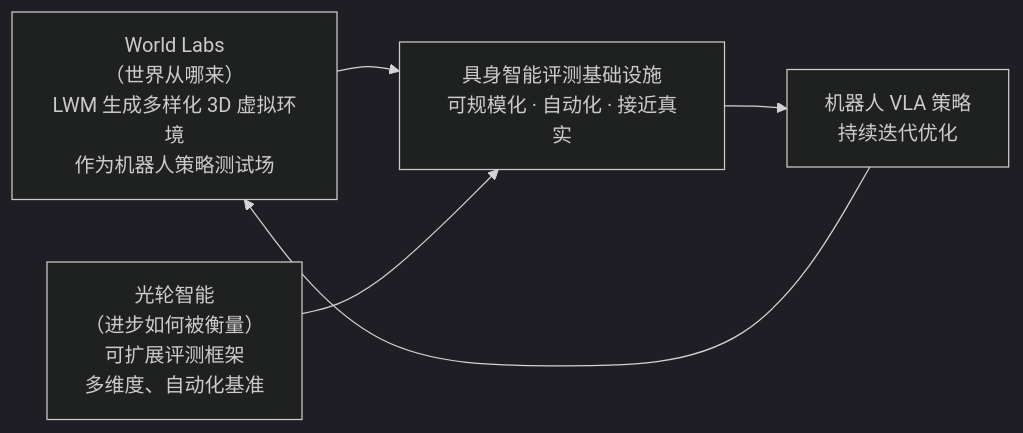
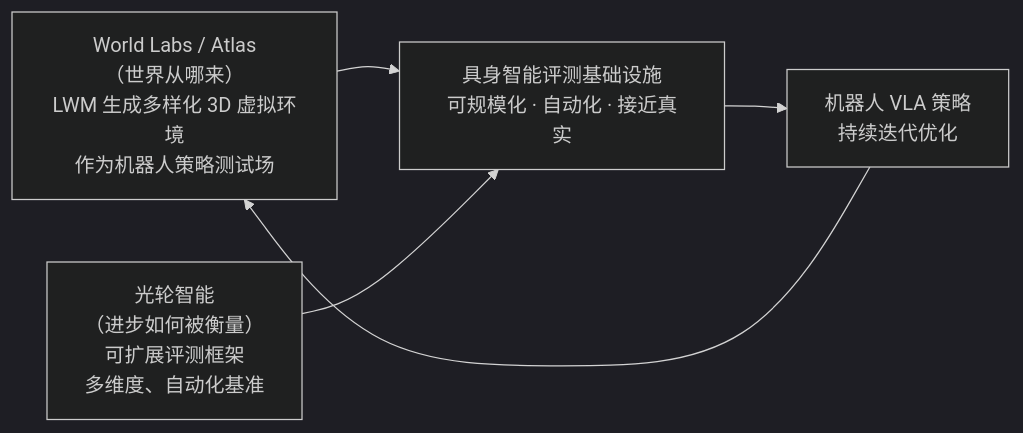
The eighth of 11 diagrams in _posts/research/2026-04-16-World-Models-Survey.md (TingdeLiu/tingdeliu.github.io), drawn with Mermaid (dark theme) before and after one commit. The commit also changed other lines of this file, not shown here.

Commit message:
docs(wm): 增补 World Labs 最新 Omni 空间智能世界模型 Atlas 解析与量化评测

````diff
--- a/_posts/research/2026-04-16-World-Models-Survey.md
+++ b/_posts/research/2026-04-16-World-Models-Survey.md
@@ -1696,7 +1747,7 @@
 ```mermaid
 flowchart LR
-    WL["World Labs\n（世界从哪来）\nLWM 生成多样化 3D 虚拟环境\n作为机器人策略测试场"] --> Eval
+    WL["World Labs / Atlas\n（世界从哪来）\nLWM 生成多样化 3D 虚拟环境\n作为机器人策略测试场"] --> Eval
     GR["光轮智能\n（进步如何被衡量）\n可扩展评测框架\n多维度、自动化基准"] --> Eval
     Eval["具身智能评测基础设施\n可规模化 · 自动化 · 接近真实"] --> Robot["机器人 VLA 策略\n持续迭代优化"]
     Robot --> WL
 ```
````
